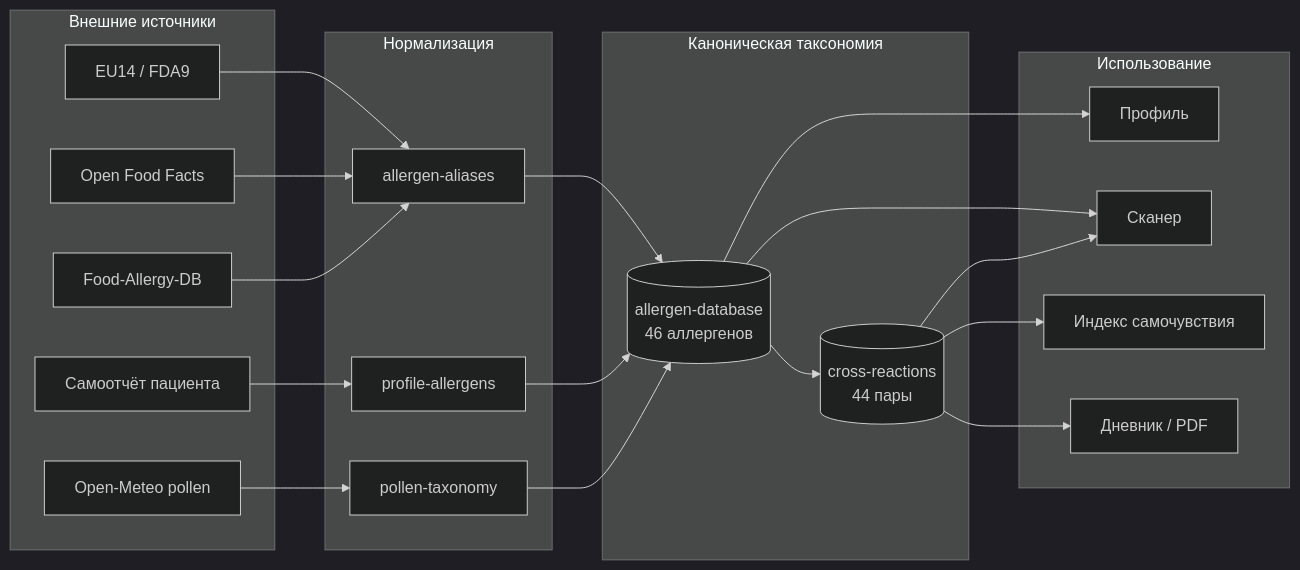
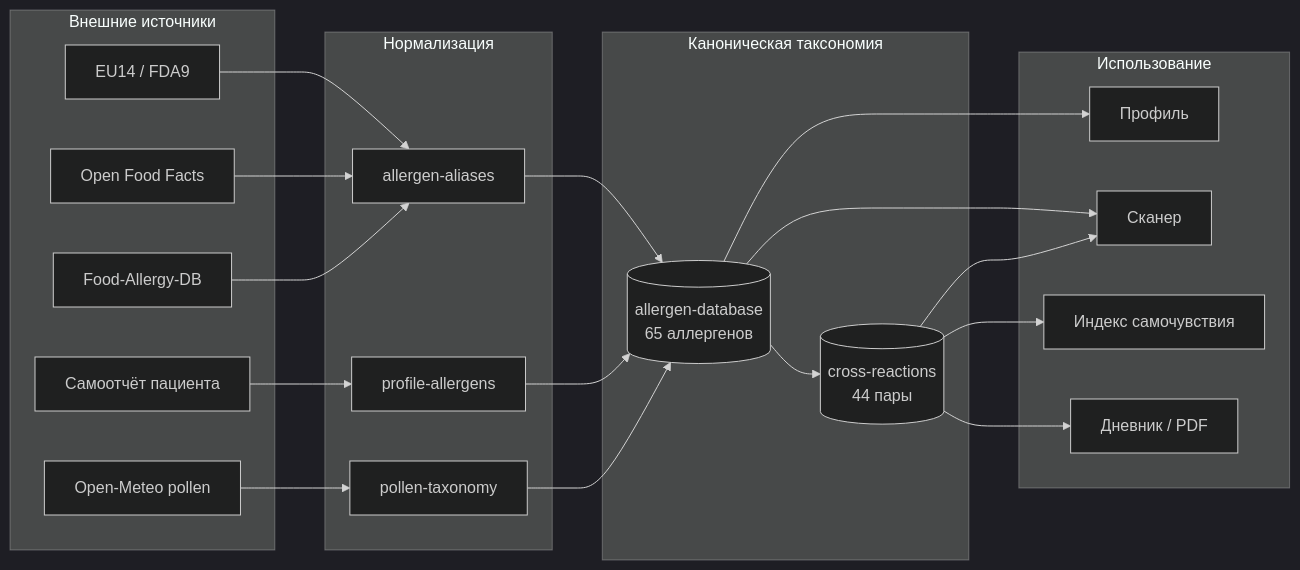
Before and after one commit to zuevfoton-art/AllerGuide: the first of 3 diagrams in doc/clinical-wellness-and-diary-ru.md, drawn with Mermaid (dark theme). The commit also changed other lines of this file and 9 other files, not shown here.

````diff
--- a/doc/clinical-wellness-and-diary-ru.md
+++ b/doc/clinical-wellness-and-diary-ru.md
@@ -185,43 +185,43 @@
 ```mermaid
 flowchart LR
   subgraph input [Внешние источники]
     U[Самоотчёт пациента]
     EU[EU14 / FDA9]
     OFF[Open Food Facts]
     FAD[Food-Allergy-DB]
     OM[Open-Meteo pollen]
   end
 
   subgraph norm [Нормализация]
     A[allergen-aliases]
     P[profile-allergens]
     T[pollen-taxonomy]
   end
 
   subgraph core [Каноническая таксономия]
-    DB[(allergen-database\n46 аллергенов)]
+    DB[(allergen-database\n65 аллергенов)]
     CR[(cross-reactions\n44 пары)]
   end
 
   subgraph use [Использование]
     PR[Профиль]
     SC[Сканер]
     WZ[Индекс самочувствия]
     DY[Дневник / PDF]
   end
 
   U --> P
   EU --> A
   OFF --> A
   FAD --> A
   OM --> T
   A --> DB
   P --> DB
   T --> DB
   DB --> CR
   DB --> PR
   DB --> SC
   CR --> SC
   CR --> WZ
   CR --> DY
 ```
````
